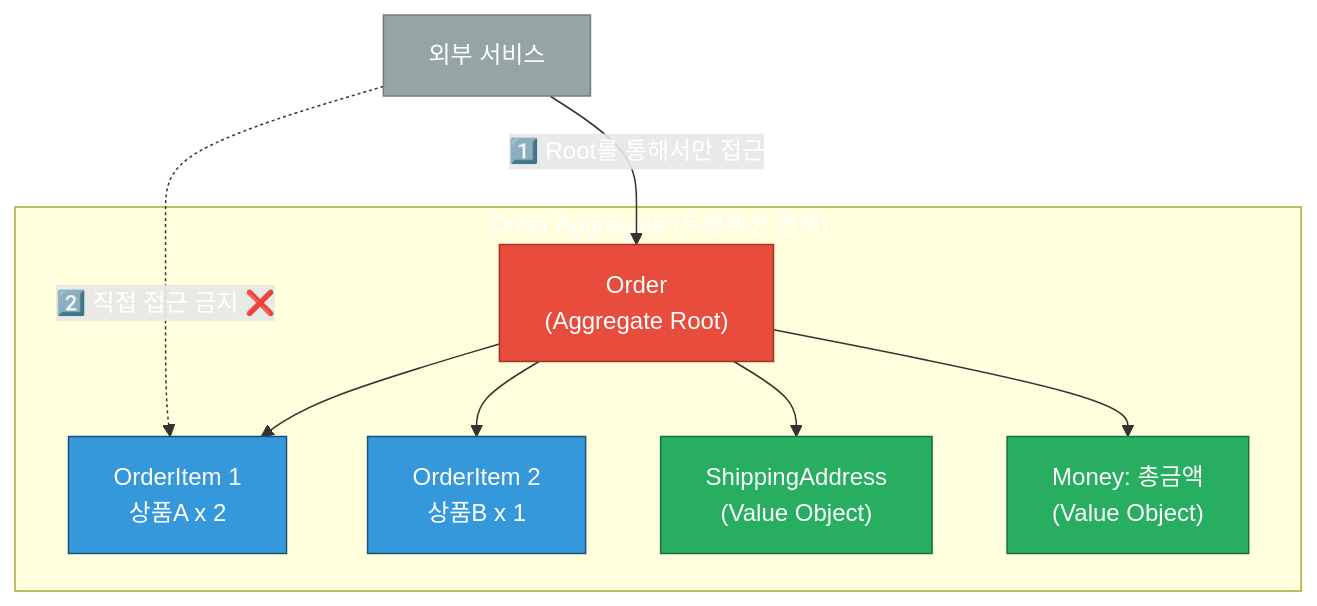
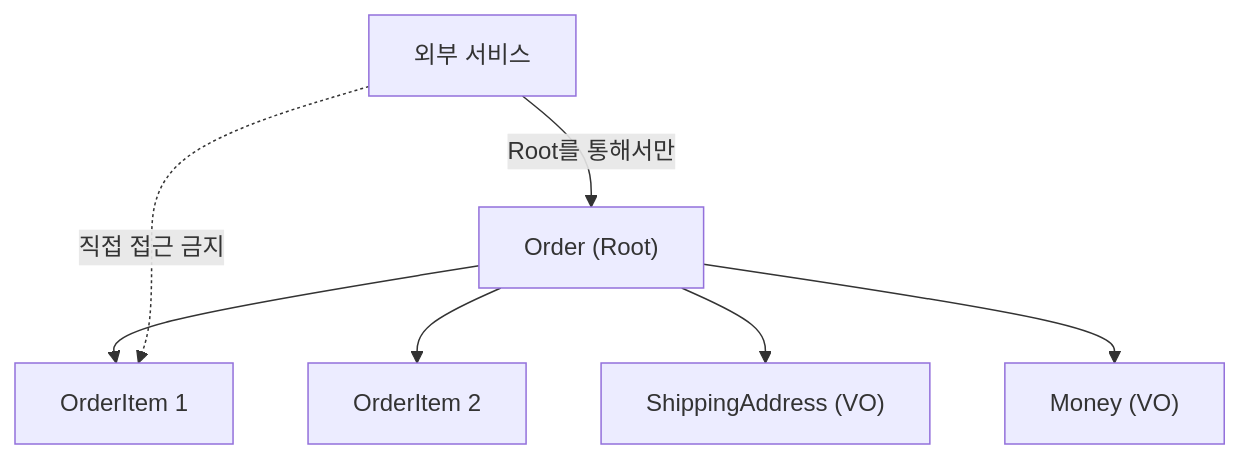
The fifth of 7 diagrams in _posts/architecture/2026-05-01-ddd.md (yjkim2015/yjkim2015.github.io), drawn with Mermaid before and after one commit. The commit also changed other lines of this file and 215 other files, not shown here.

First line of the commit message:
신규 포스트 10개 추가 + Mermaid 전면 축소 + SystemDesign 시리즈 보강

````diff
--- a/_posts/architecture/2026-05-01-ddd.md
+++ b/_posts/architecture/2026-05-01-ddd.md
@@ -283,27 +231,9 @@
 ```mermaid
 graph TD
-    subgraph "Order Aggregate (트랜잭션 경계)"
-        OR["Order\n(Aggregate Root)"]
-        OI1["OrderItem 1\n상품A x 2"]
-        OI2["OrderItem 2\n상품B x 1"]
-        ADDR["ShippingAddress\n(Value Object)"]
-        MONEY["Money: 총금액\n(Value Object)"]
-        OR --> OI1
-        OR --> OI2
-        OR --> ADDR
-        OR --> MONEY
-    end
-
-    External["외부 서비스"] -->|"1️⃣ Root를 통해서만 접근"| OR
-    External -.->|"2️⃣ 직접 접근 금지 ❌"| OI1
-
-    classDef root fill:#E74C3C,stroke:#A93226,color:#fff
-    classDef member fill:#3498DB,stroke:#1A5276,color:#fff
-    classDef vo fill:#27AE60,stroke:#1A6E40,color:#fff
-    classDef external fill:#95A5A6,stroke:#717D7E
-
-    class OR root
-    class OI1,OI2 member
-    class ADDR,MONEY vo
-    class External external
+    OR["Order (Root)"] --> OI1["OrderItem 1"]
+    OR --> OI2["OrderItem 2"]
+    OR --> ADDR["ShippingAddress (VO)"]
+    OR --> MONEY["Money (VO)"]
+    External["외부 서비스"] -->|"Root를 통해서만"| OR
+    External -.->|"직접 접근 금지"| OI1
 ```
````
